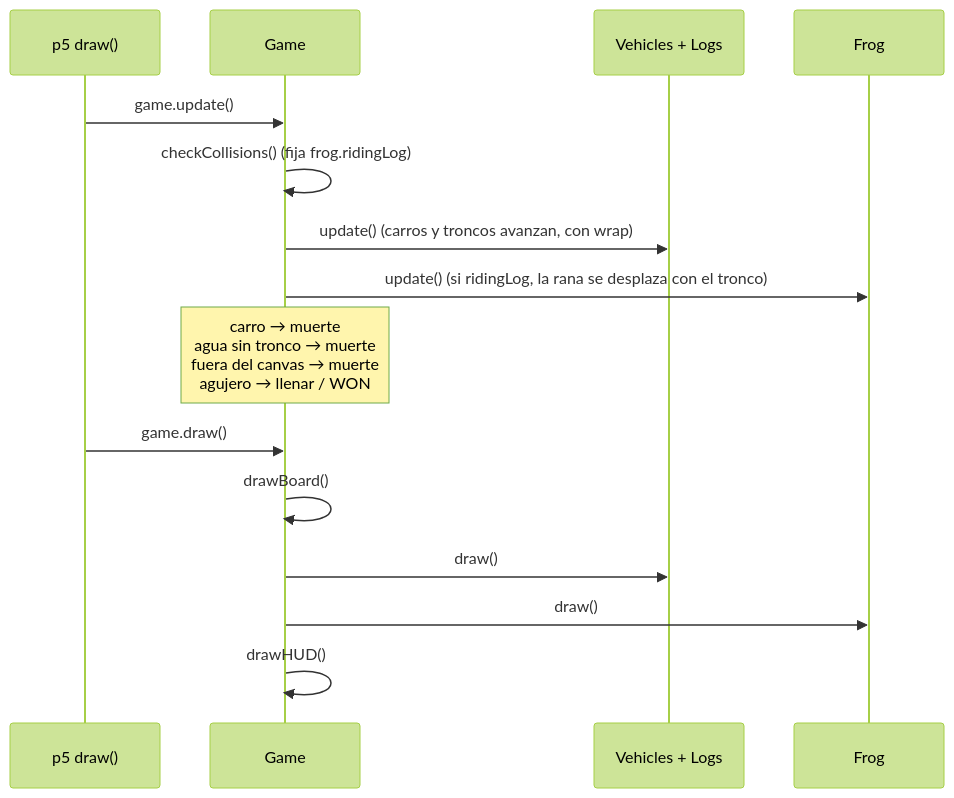
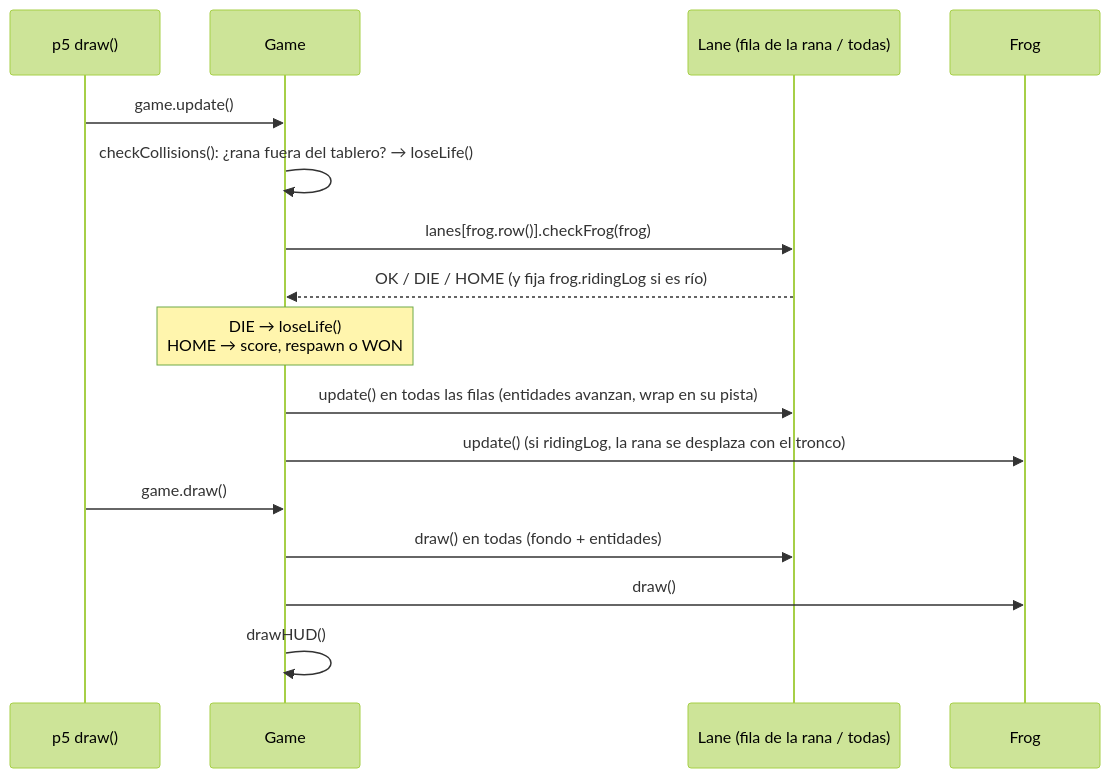
The third of 3 diagrams in docs/ARQUITECTURA.md (ShryhakAkizuki/Frogger-Visual_Computing_2026-II), drawn with Mermaid (forest theme) before and after one commit. The commit also changed other lines of this file and 4 other files, not shown here.

````diff
--- a/docs/ARQUITECTURA.md
+++ b/docs/ARQUITECTURA.md
@@ -169,17 +191,18 @@
 ```mermaid
 sequenceDiagram
     participant P5 as p5 draw()
     participant G as Game
-    participant L as Vehicles + Logs
+    participant L as Lane (fila de la rana / todas)
     participant F as Frog
     P5->>G: game.update()
-    G->>G: checkCollisions() (fija frog.ridingLog)
-    G->>L: update() (carros y troncos avanzan, con wrap)
+    G->>G: checkCollisions(): ¿rana fuera del tablero? → loseLife()
+    G->>L: lanes[frog.row()].checkFrog(frog)
+    L-->>G: OK / DIE / HOME (y fija frog.ridingLog si es río)
+    Note over G: DIE → loseLife()<br/>HOME → score, respawn o WON
+    G->>L: update() en todas las filas (entidades avanzan, wrap en su pista)
     G->>F: update() (si ridingLog, la rana se desplaza con el tronco)
-    Note over G: carro → muerte<br/>agua sin tronco → muerte<br/>fuera del canvas → muerte<br/>agujero → llenar / WON
     P5->>G: game.draw()
-    G->>G: drawBoard()
-    G->>L: draw()
+    G->>L: draw() en todas (fondo + entidades)
     G->>F: draw()
     G->>G: drawHUD()
 ```
````
